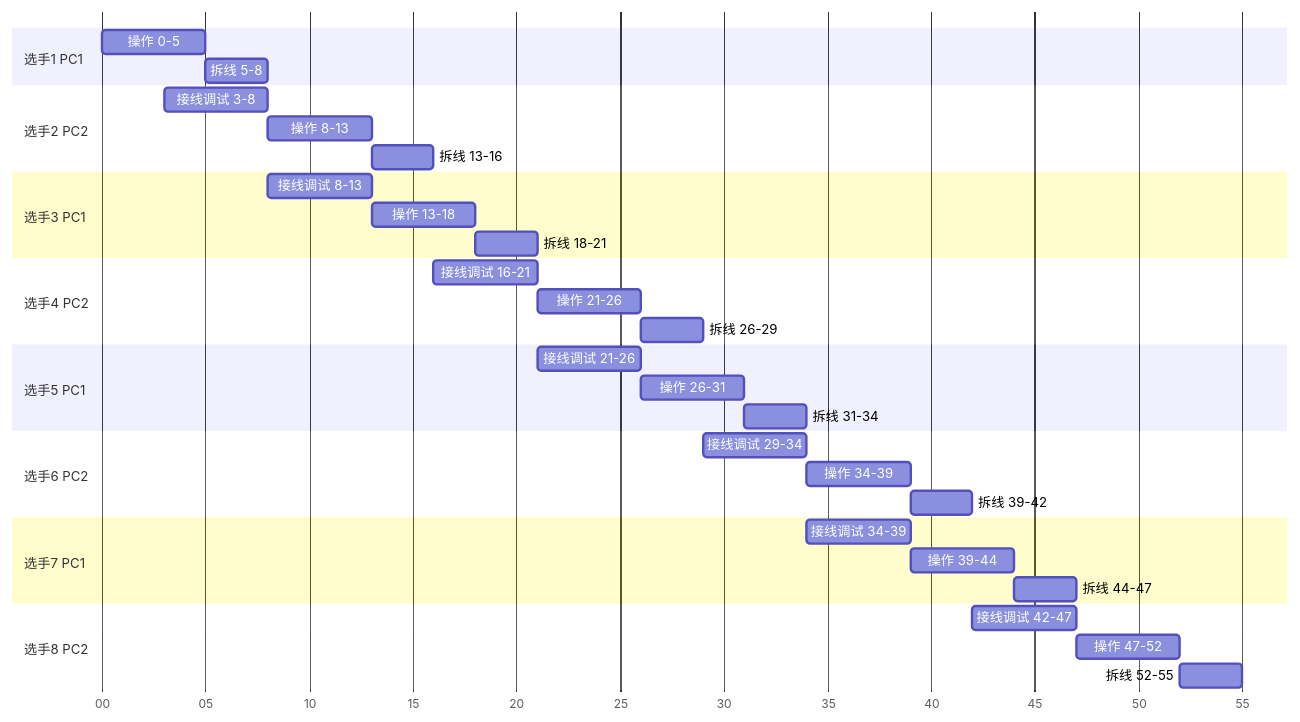
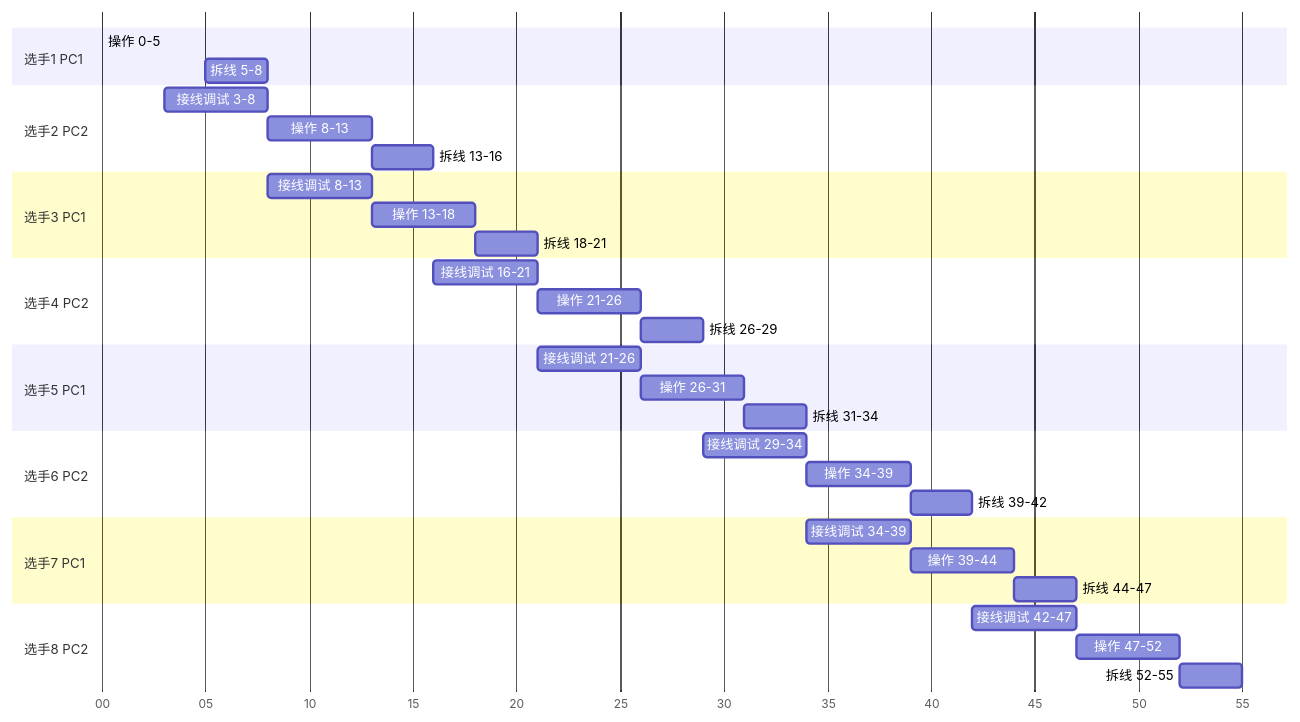
One commit to hezengyu/iodraw-files changed the diagram in all/未命名.md. Above: the diagram before and after it, drawn with Mermaid.

Commit message:
2026-10-31 13:56:56 update

````diff
--- a/all/未命名.md
+++ b/all/未命名.md
@@ -1,47 +1,47 @@
 ```mermaid
 gantt
     dateFormat HH:mm
     axisFormat %M
     tickInterval 5m
     todayMarker off
 
     section 选手1 PC1
-    操作 0-5          :s1a, 00:00, 5m
+    操作 0-5          :s1a, 00:00, 5m    zh
     拆线 5-8          :s1b, 00:05, 3m
 
     section 选手2 PC2
     接线调试 3-8      :s2a, 00:03, 5m
     操作 8-13         :s2b, 00:08, 5m
     拆线 13-16        :s2c, 00:13, 3m
 
     section 选手3 PC1
     接线调试 8-13     :s3a, 00:08, 5m
     操作 13-18        :s3b, 00:13, 5m
     拆线 18-21        :s3c, 00:18, 3m
 
     section 选手4 PC2
     接线调试 16-21    :s4a, 00:16, 5m
     操作 21-26        :s4b, 00:21, 5m
     拆线 26-29        :s4c, 00:26, 3m
 
     section 选手5 PC1
     接线调试 21-26    :s5a, 00:21, 5m
     操作 26-31        :s5b, 00:26, 5m
     拆线 31-34        :s5c, 00:31, 3m
 
     section 选手6 PC2
     接线调试 29-34    :s6a, 00:29, 5m
     操作 34-39        :s6b, 00:34, 5m
     拆线 39-42        :s6c, 00:39, 3m
 
     section 选手7 PC1
     接线调试 34-39    :s7a, 00:34, 5m
     操作 39-44        :s7b, 00:39, 5m
     拆线 44-47        :s7c, 00:44, 3m
 
     section 选手8 PC2
     接线调试 42-47    :s8a, 00:42, 5m
     操作 47-52        :s8b, 00:47, 5m
     拆线 52-55        :s8c, 00:52, 3m
 
 ```
````
